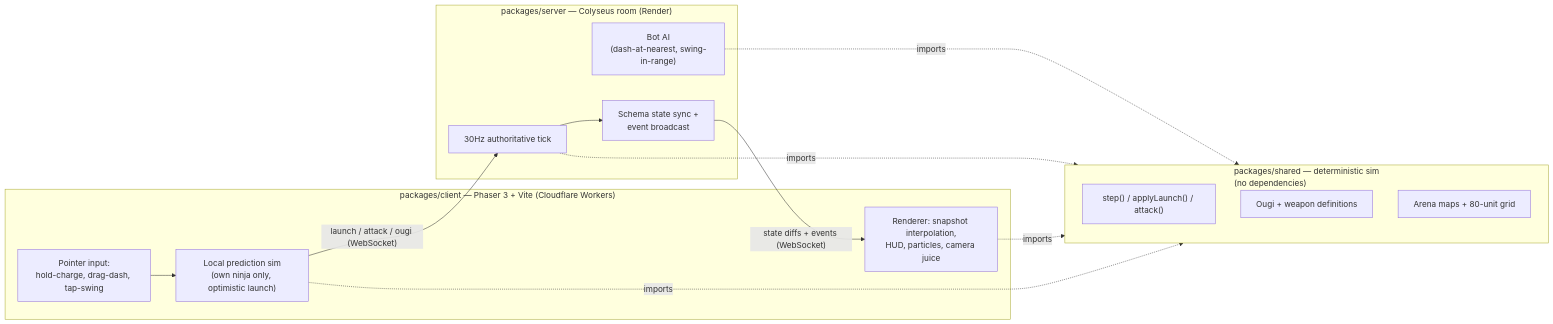
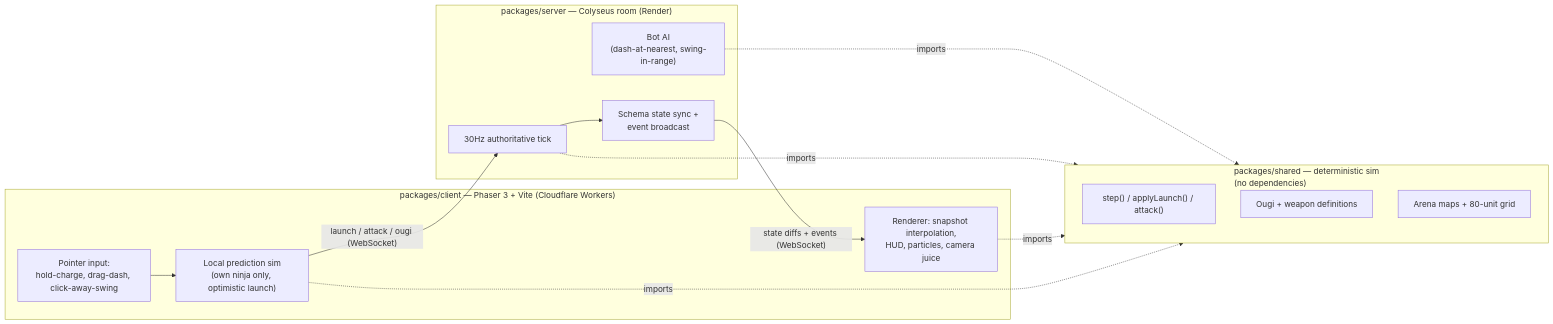
Before and after one commit to jdesolate/ougi-arena: the diagram in README.md, drawn with Mermaid. The commit also changed other lines of this file and 7 other files, not shown here.

````diff
--- a/README.md
+++ b/README.md
@@ -31,29 +31,29 @@
 ```mermaid
 flowchart LR
     subgraph Client["packages/client — Phaser 3 + Vite (Cloudflare Workers)"]
-        Input["Pointer input:\nhold-charge, drag-dash, tap-swing"]
+        Input["Pointer input:\nhold-charge, drag-dash, click-away-swing"]
         Predict["Local prediction sim\n(own ninja only, optimistic launch)"]
         Render["Renderer: snapshot interpolation,\nHUD, particles, camera juice"]
     end
 
     subgraph Server["packages/server — Colyseus room (Render)"]
         Tick["30Hz authoritative tick"]
         Bots["Bot AI\n(dash-at-nearest, swing-in-range)"]
         Sync["Schema state sync +\nevent broadcast"]
     end
 
     subgraph Shared["packages/shared — deterministic sim\n(no dependencies)"]
         Sim["step() / applyLaunch() / attack()"]
         Defs["Ougi + weapon definitions"]
         Maps["Arena maps + 80-unit grid"]
     end
 
     Input --> Predict
     Predict -. imports .-> Shared
     Predict -- "launch / attack / ougi (WebSocket)" --> Tick
     Tick -. imports .-> Shared
     Bots -. imports .-> Shared
     Tick --> Sync
     Sync -- "state diffs + events (WebSocket)" --> Render
     Render -. imports .-> Shared
 ```
````
